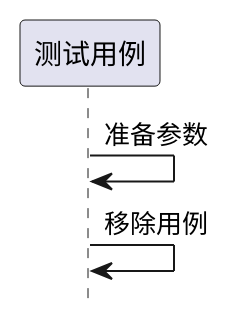
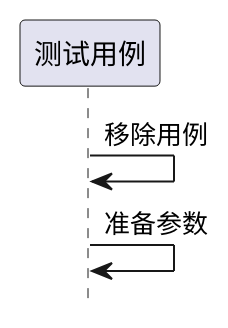
One commit to zj335841911/nt_chandao changed the eighth of 8 diagrams in ibizpms-docs/src/main/doc/v1/module/zentao/Case_old.md. Above: the diagram before and after it, drawn with PlantUML. The commit also changed other lines of this file and 2125 other files, not shown here.

```diff
--- a/ibizpms-docs/src/main/doc/v1/module/zentao/Case_old.md
+++ b/ibizpms-docs/src/main/doc/v1/module/zentao/Case_old.md
@@ -394,6 +394,6 @@
 {% plantuml %}
 hide footbox
 
+测试用例 -> 测试用例: 移除用例
 测试用例 -> 测试用例: 准备参数
-测试用例 -> 测试用例: 移除用例
 {% endplantuml %}
```
